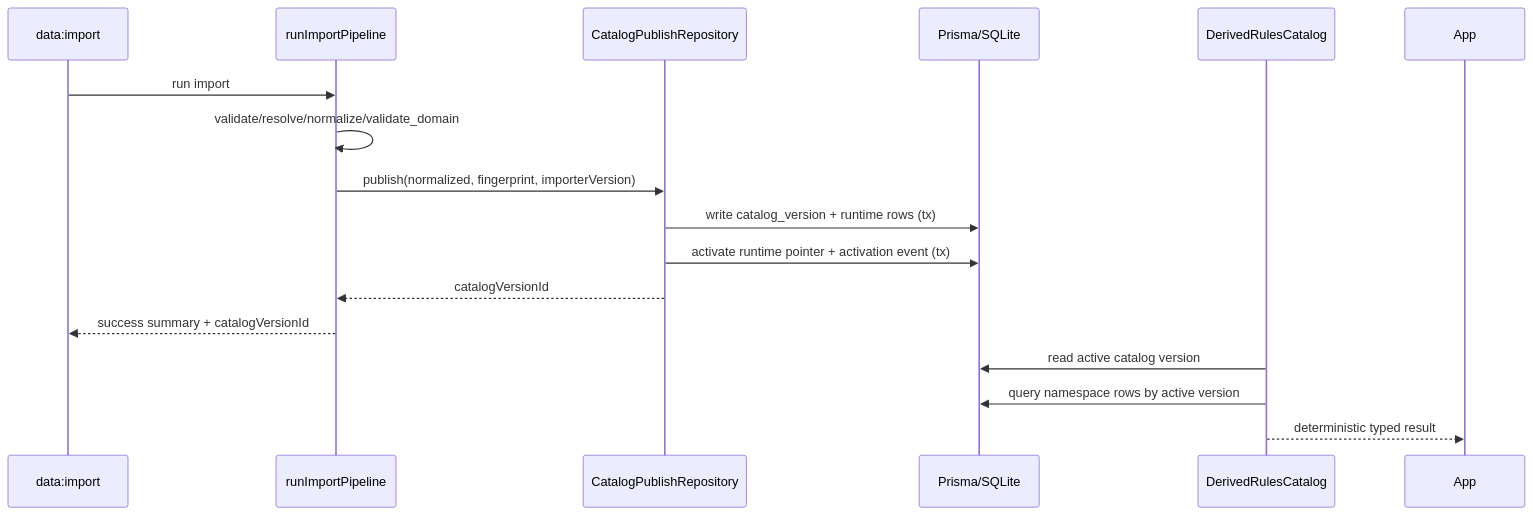
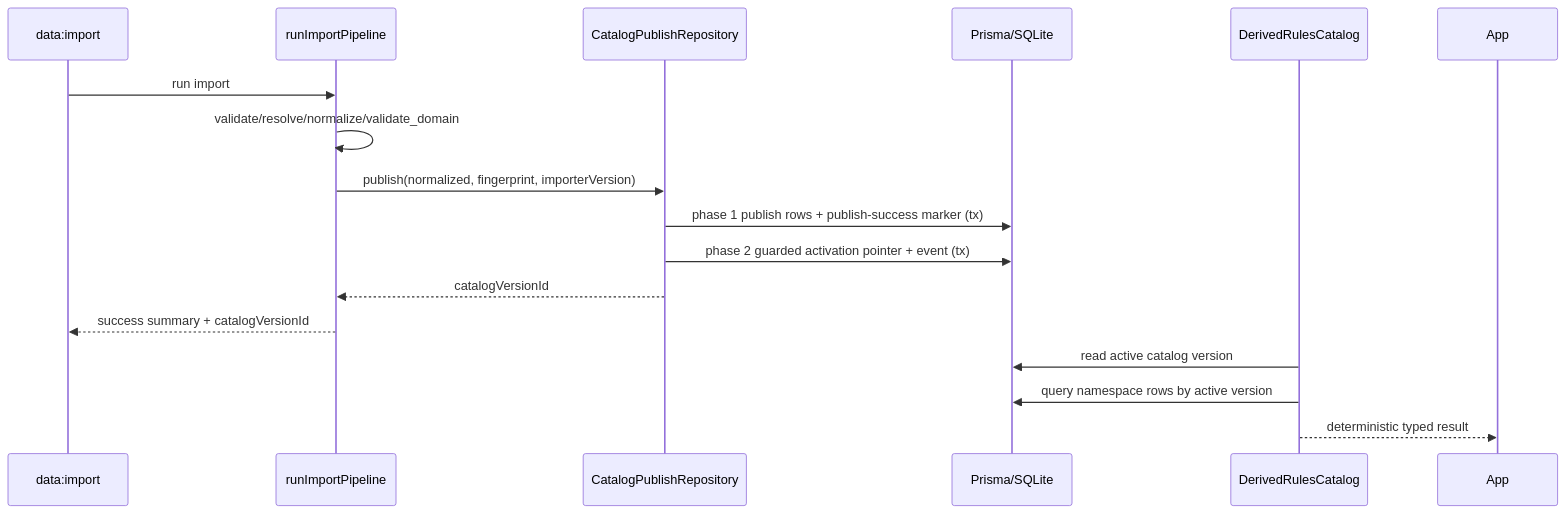
The diagram in docs/specs/foundation/catalog-publish-and-rules-catalog-interface-implementation-plan.md (Antonyacosta78/dnd-character-manager), drawn with Mermaid before and after one commit. The commit also changed other lines of this file and 30 other files, not shown here.

First line of the commit message:
feat(catalog): implement publish pipeline and runtime readers

````diff
--- a/docs/specs/foundation/catalog-publish-and-rules-catalog-interface-implementation-plan.md
+++ b/docs/specs/foundation/catalog-publish-and-rules-catalog-interface-implementation-plan.md
@@ -149,20 +170,20 @@
 ```mermaid
 sequenceDiagram
   participant CLI as data:import
   participant PIPE as runImportPipeline
   participant PUB as CatalogPublishRepository
   participant DB as Prisma/SQLite
   participant RC as DerivedRulesCatalog
 
   CLI->>PIPE: run import
   PIPE->>PIPE: validate/resolve/normalize/validate_domain
   PIPE->>PUB: publish(normalized, fingerprint, importerVersion)
-  PUB->>DB: write catalog_version + runtime rows (tx)
-  PUB->>DB: activate runtime pointer + activation event (tx)
+  PUB->>DB: phase 1 publish rows + publish-success marker (tx)
+  PUB->>DB: phase 2 guarded activation pointer + event (tx)
   PUB-->>PIPE: catalogVersionId
   PIPE-->>CLI: success summary + catalogVersionId
 
   RC->>DB: read active catalog version
   RC->>DB: query namespace rows by active version
   RC-->>App: deterministic typed result
 ```
````
